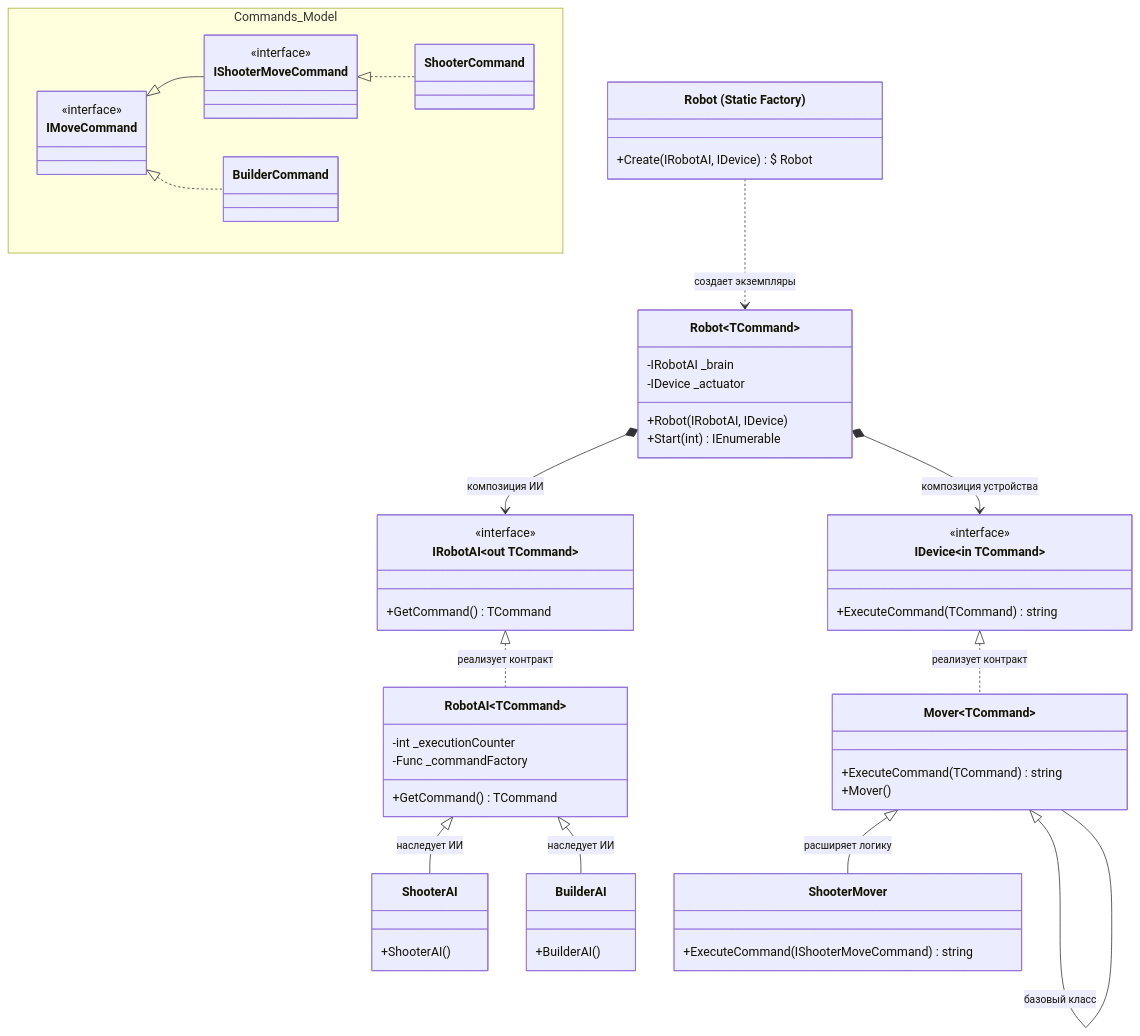
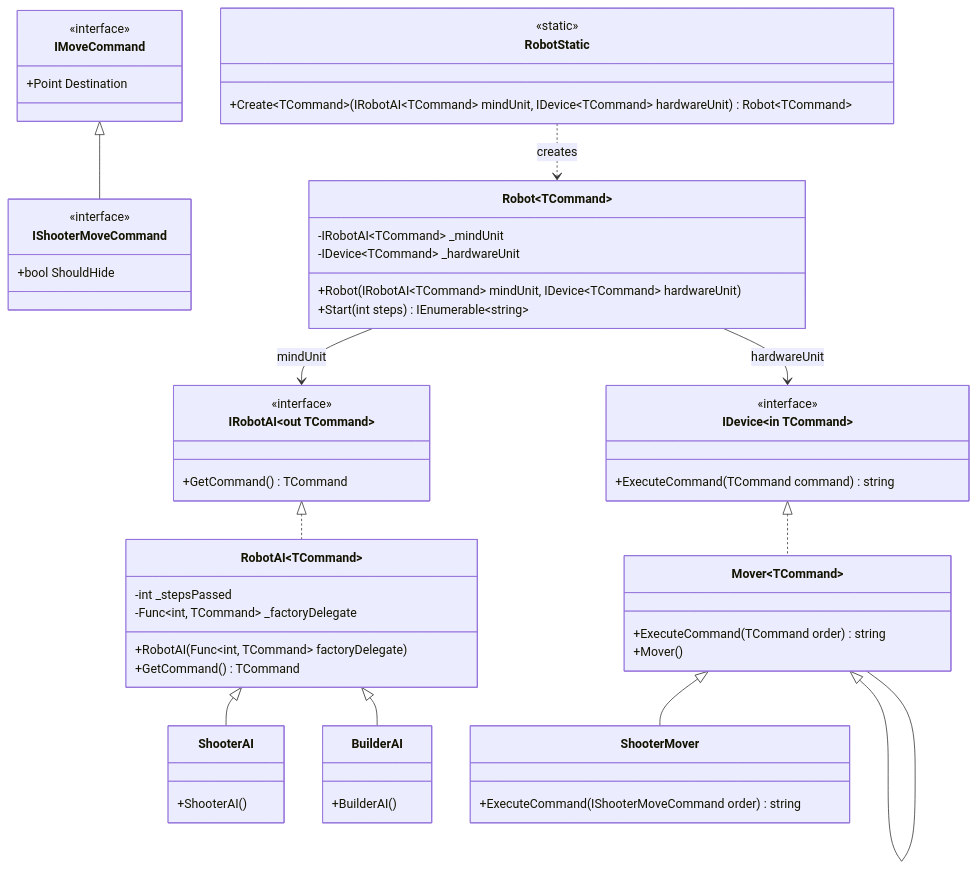
The diagram in robots.md (NingerangorOid/Praktika_2026), drawn with Mermaid before and after one commit.

Commit message:
правки внесены

````diff
--- a/robots.md
+++ b/robots.md
@@ -1,64 +1,76 @@
 ```mermaid
 classDiagram
-    direction TB
-
-    %% Системные интерфейсы и команды 
-    namespace Commands_Model {
-        class IMoveCommand { <<interface>> }
-        class IShooterMoveCommand { <<interface>> }
-        class ShooterCommand
-        class BuilderCommand
-    }
-    IMoveCommand <|-- IShooterMoveCommand
-    IShooterMoveCommand <|.. ShooterCommand
-    IMoveCommand <|.. BuilderCommand
-
-    %% Базовые обобщенные контракты устройств и ИИ
+    %% --- ИНТЕРФЕЙСЫ И КОМАНДЫ ---
     class IRobotAI~out TCommand~ {
         <<interface>>
         +GetCommand() TCommand
     }
+    
     class IDevice~in TCommand~ {
         <<interface>>
-        +ExecuteCommand(TCommand) string
+        +ExecuteCommand(TCommand command) string
     }
 
-    %% Новая обобщенная логика 
+    class IMoveCommand {
+        <<interface>>
+        +Point Destination
+    }
+    
+    class IShooterMoveCommand {
+        <<interface>>
+        +bool ShouldHide
+    }
+    IMoveCommand <|-- IShooterMoveCommand
+
+    %% --- КОМПОНЕНТЫ ИИ ---
     class RobotAI~TCommand~ {
-        -int _executionCounter
-        -Func _commandFactory
+        -int _stepsPassed
+        -Func~int, TCommand~ _factoryDelegate
+        +RobotAI(Func~int, TCommand~ factoryDelegate)
         +GetCommand() TCommand
     }
-    IRobotAI <|.. RobotAI : <small>реализует контракт</small>
+    IRobotAI~TCommand~ <|.. RobotAI~TCommand~
 
+    class ShooterAI {
+        +ShooterAI()
+    }
+    RobotAI~ShooterCommand~ <|-- ShooterAI
+
+    class BuilderAI {
+        +BuilderAI()
+    }
+    RobotAI~BuilderCommand~ <|-- BuilderAI
+
+    %% --- ЖЕЛЕЗО И УСТРОЙСТВА ---
     class Mover~TCommand~ {
-        +ExecuteCommand(TCommand) string
+        +ExecuteCommand(TCommand order) string
     }
-    IDevice <|.. Mover : <small>реализует контракт</small>
+    IDevice~TCommand~ <|.. Mover~TCommand~
 
-    %% Наследники конкретных реализаций
-    class ShooterAI { +ShooterAI() }
-    class BuilderAI { +BuilderAI() }
-    RobotAI <|-- ShooterAI : <small>наследует ИИ</small>
-    RobotAI <|-- BuilderAI : <small>наследует ИИ</small>
+    class Mover {
+        +Mover()
+    }
+    Mover~IMoveCommand~ <|-- Mover
 
-    class Mover { +Mover() }
-    class ShooterMover { +ExecuteCommand(IShooterMoveCommand) string }
-    Mover <|-- Mover : <small>базовый класс</small>
-    Mover <|-- ShooterMover : <small>расширяет логику</small>
+    class ShooterMover {
+        +ExecuteCommand(IShooterMoveCommand order) string
+    }
+    Mover~IShooterMoveCommand~ <|-- ShooterMover
 
-    %% Главный класс Робота и Фабрика вывода типов
+    %% --- СИСТЕМА РОБОТА ---
     class Robot~TCommand~ {
-        -IRobotAI _brain
-        -IDevice _actuator
-        +Robot(IRobotAI, IDevice)
-        +Start(int) IEnumerable
+        -IRobotAI~TCommand~ _mindUnit
+        -IDevice~TCommand~ _hardwareUnit
+        +Robot(IRobotAI~TCommand~ mindUnit, IDevice~TCommand~ hardwareUnit)
+        +Start(int steps) IEnumerable~string~
     }
-    Robot *--> IRobotAI : <small>композиция ИИ</small>
-    Robot *--> IDevice : <small>композиция устройства</small>
 
-    class RobotFactory["Robot (Static Factory)"] {
-        +Create(IRobotAI, IDevice)\$ Robot
+    class RobotStatic {
+        <<static>>
+        +Create~TCommand~(IRobotAI~TCommand~ mindUnit, IDevice~TCommand~ hardwareUnit) Robot~TCommand~
     }
-    RobotFactory ..> Robot : <small>создает экземпляры</small>
+    
+    Robot~TCommand~ --> IRobotAI~TCommand~ : mindUnit
+    Robot~TCommand~ --> IDevice~TCommand~ : hardwareUnit
+    RobotStatic ..> Robot~TCommand~ : creates
 ```
````
